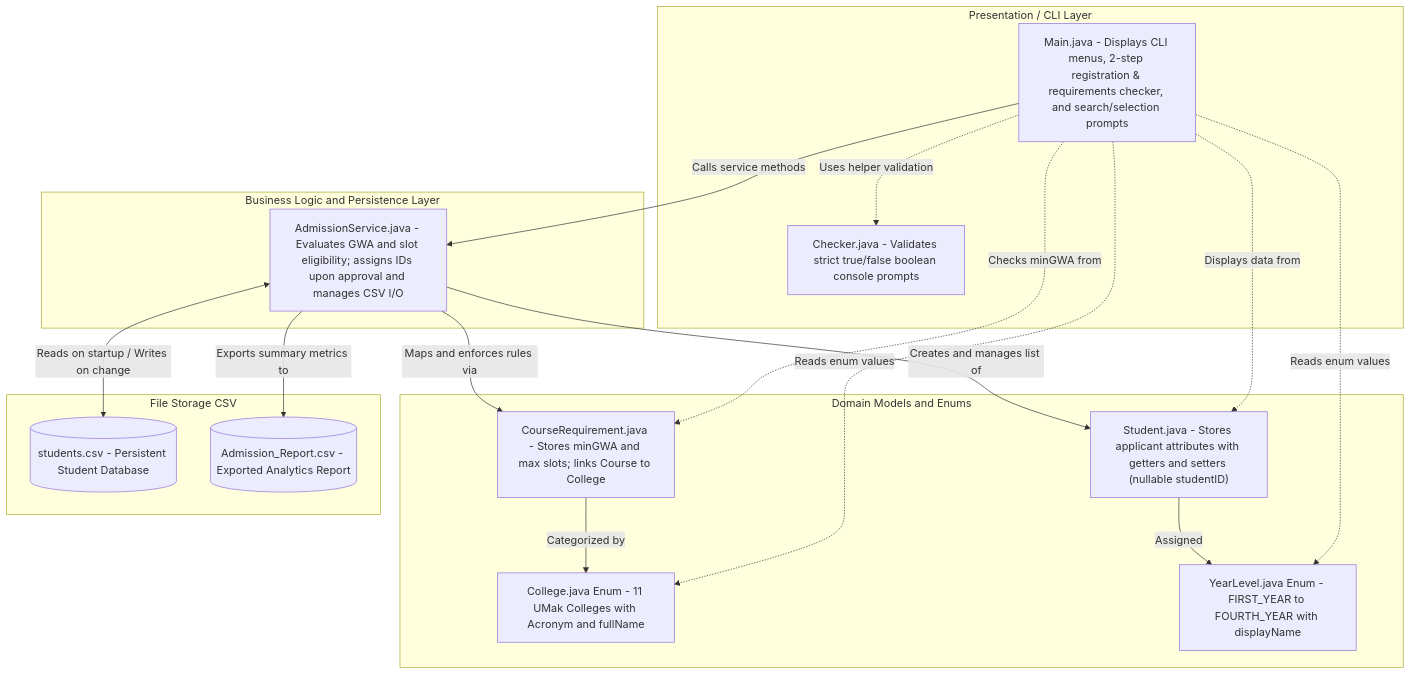
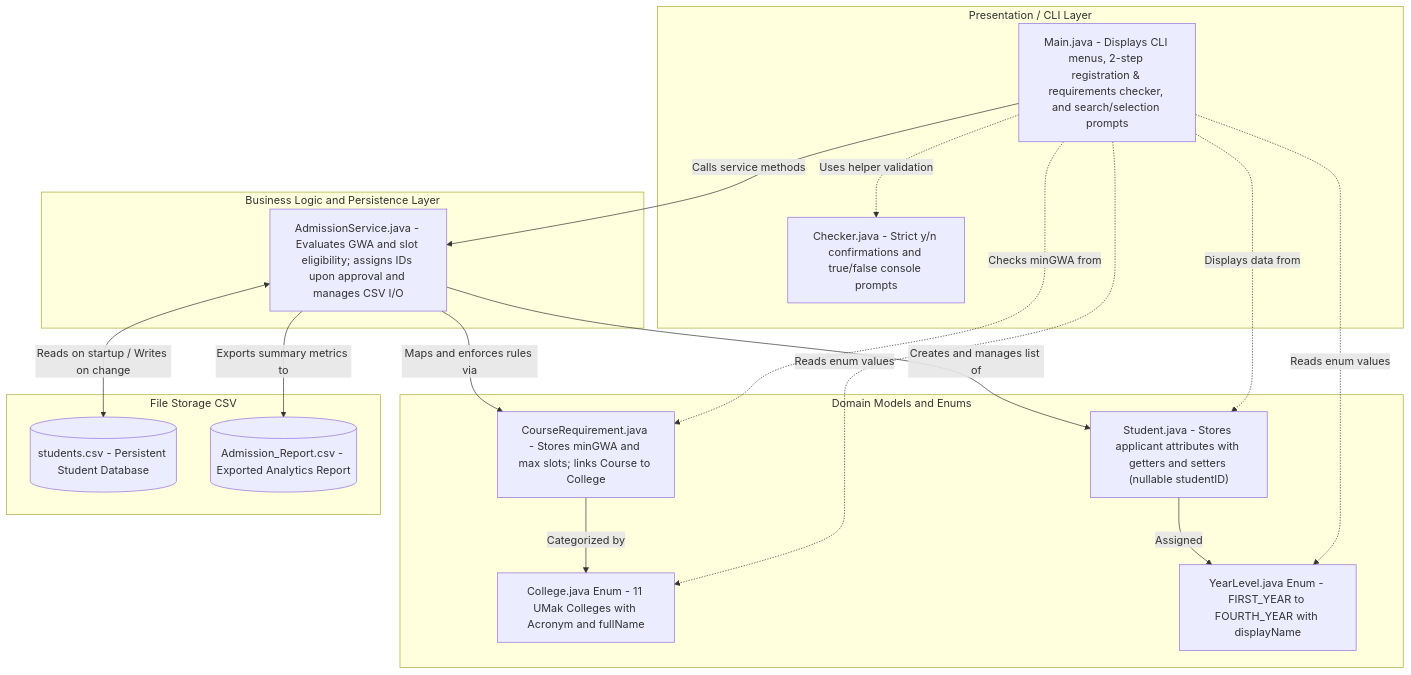
The first of 2 diagrams in System Flowcharts and Pseudocode.md (NA0r3n/SchoolAdmission-JavaBased-System), drawn with Mermaid before and after one commit. The commit also changed other lines of this file and 3 other files, not shown here.

````diff
--- a/System Flowcharts and Pseudocode.md
+++ b/System Flowcharts and Pseudocode.md
@@ -7,38 +7,38 @@
 ```mermaid
 flowchart TD
     subgraph Presentation_Layer ["Presentation / CLI Layer"]
         MAIN["Main.java - Displays CLI menus, 2-step registration & requirements checker, and search/selection prompts"]
-        CHECKER["Checker.java - Validates strict true/false boolean console prompts"]
+        CHECKER["Checker.java - Strict y/n confirmations and true/false console prompts"]
     end
 
     subgraph Service_Layer ["Business Logic and Persistence Layer"]
         SERVICE["AdmissionService.java - Evaluates GWA and slot eligibility; assigns IDs upon approval and manages CSV I/O"]
     end
 
     subgraph Domain_Models ["Domain Models and Enums"]
         STUDENT["Student.java - Stores applicant attributes with getters and setters (nullable studentID)"]
         COURSEREQ["CourseRequirement.java - Stores minGWA and max slots; links Course to College"]
         COLLEGE["College.java Enum - 11 UMak Colleges with Acronym and fullName"]
         YEAR["YearLevel.java Enum - FIRST_YEAR to FOURTH_YEAR with displayName"]
     end
 
     subgraph Storage_Layer ["File Storage CSV"]
         CSV_DB[("students.csv - Persistent Student Database")]
         CSV_REP[("Admission_Report.csv - Exported Analytics Report")]
     end
 
     MAIN -->|"Calls service methods"| SERVICE
     MAIN -.->|"Uses helper validation"| CHECKER
     MAIN -.->|"Reads enum values"| COLLEGE
     MAIN -.->|"Reads enum values"| YEAR
     MAIN -.->|"Displays data from"| STUDENT
     MAIN -.->|"Checks minGWA from"| COURSEREQ
 
     SERVICE -->|"Creates and manages list of"| STUDENT
     SERVICE -->|"Maps and enforces rules via"| COURSEREQ
     COURSEREQ -->|"Categorized by"| COLLEGE
     STUDENT -->|"Assigned"| YEAR
 
     SERVICE <-->|"Reads on startup / Writes on change"| CSV_DB
     SERVICE -->|"Exports summary metrics to"| CSV_REP
 ```
````
